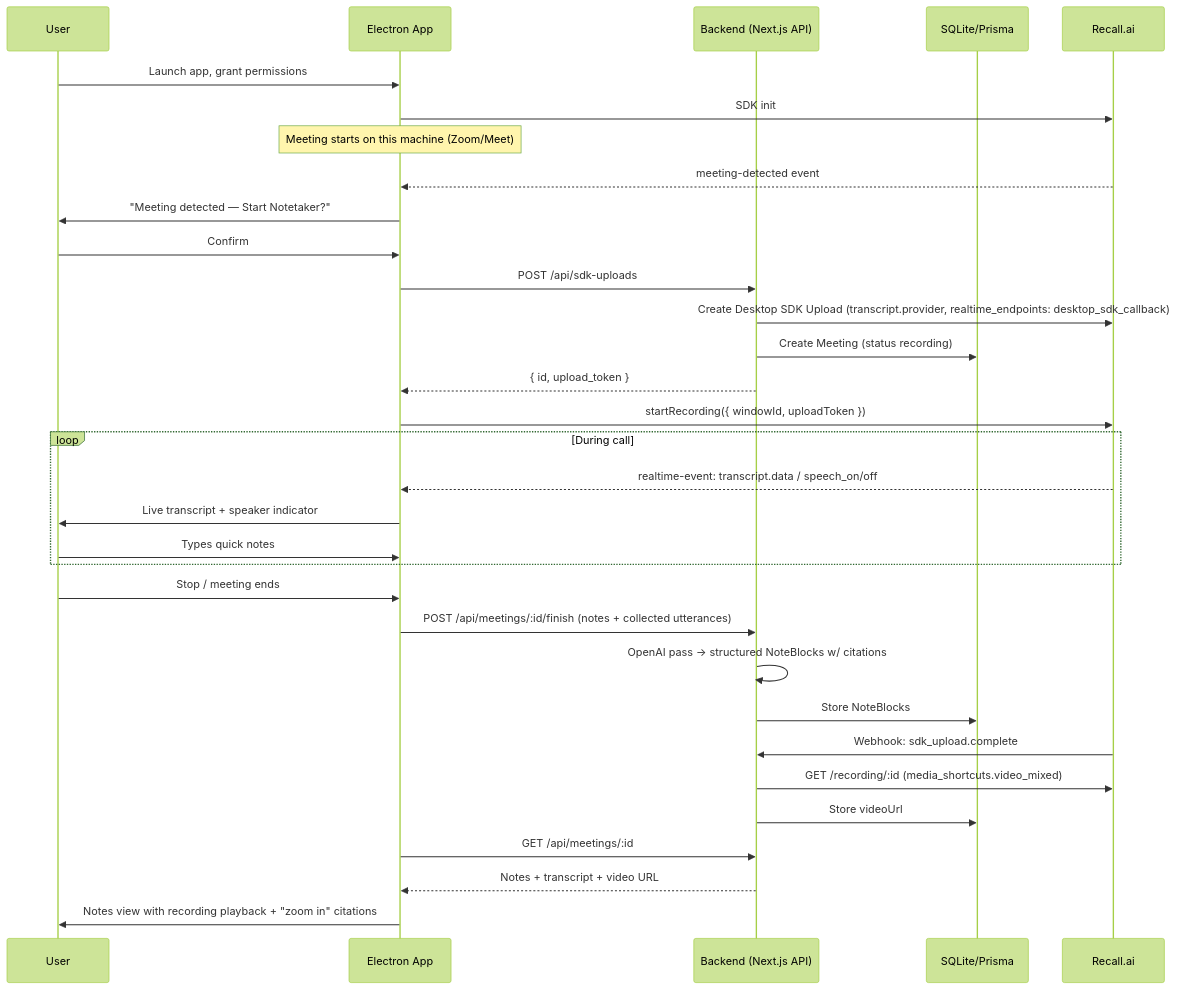
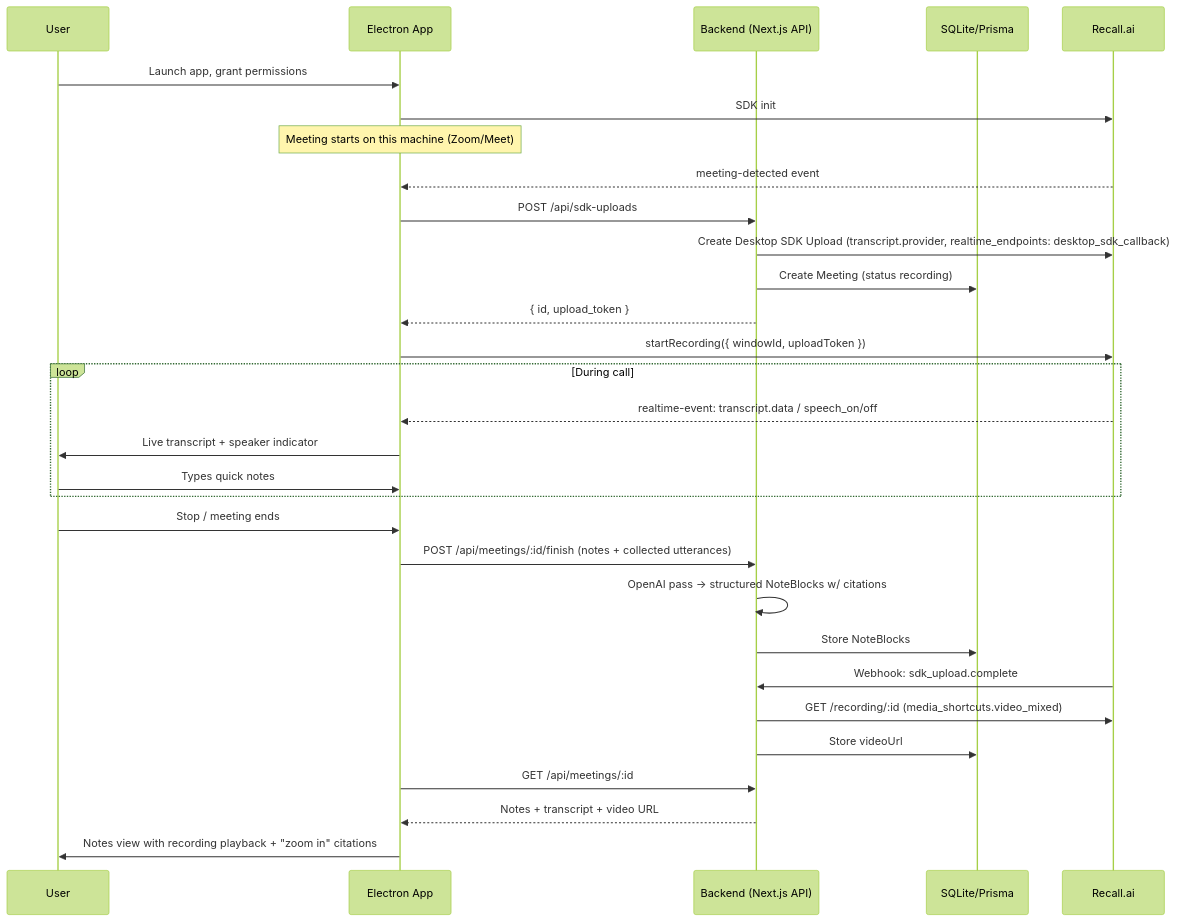
One commit to wsan3/recall-ai-granola-clone changed the diagram in docs/architecture.md. Above: the diagram before and after it, drawn with Mermaid (forest theme). The commit also changed 17 other files, not shown here.

````diff
--- a/docs/architecture.md
+++ b/docs/architecture.md
@@ -22,35 +22,33 @@
 ```mermaid
 sequenceDiagram
     participant User
     participant Electron as Electron App
     participant Backend as Backend (Next.js API)
     participant DB as SQLite/Prisma
     participant Recall as Recall.ai
 
     User->>Electron: Launch app, grant permissions
     Electron->>Recall: SDK init
     Note over Electron: Meeting starts on this machine (Zoom/Meet)
     Recall-->>Electron: meeting-detected event
-    Electron->>User: "Meeting detected — Start Notetaker?"
-    User->>Electron: Confirm
     Electron->>Backend: POST /api/sdk-uploads
     Backend->>Recall: Create Desktop SDK Upload (transcript.provider, realtime_endpoints: desktop_sdk_callback)
     Backend->>DB: Create Meeting (status recording)
     Backend-->>Electron: { id, upload_token }
     Electron->>Recall: startRecording({ windowId, uploadToken })
     loop During call
         Recall-->>Electron: realtime-event: transcript.data / speech_on/off
         Electron->>User: Live transcript + speaker indicator
         User->>Electron: Types quick notes
     end
     User->>Electron: Stop / meeting ends
     Electron->>Backend: POST /api/meetings/:id/finish (notes + collected utterances)
     Backend->>Backend: OpenAI pass -> structured NoteBlocks w/ citations
     Backend->>DB: Store NoteBlocks
     Recall->>Backend: Webhook: sdk_upload.complete
     Backend->>Recall: GET /recording/:id (media_shortcuts.video_mixed)
     Backend->>DB: Store videoUrl
     Electron->>Backend: GET /api/meetings/:id
     Backend-->>Electron: Notes + transcript + video URL
     Electron->>User: Notes view with recording playback + "zoom in" citations
 ```
````
